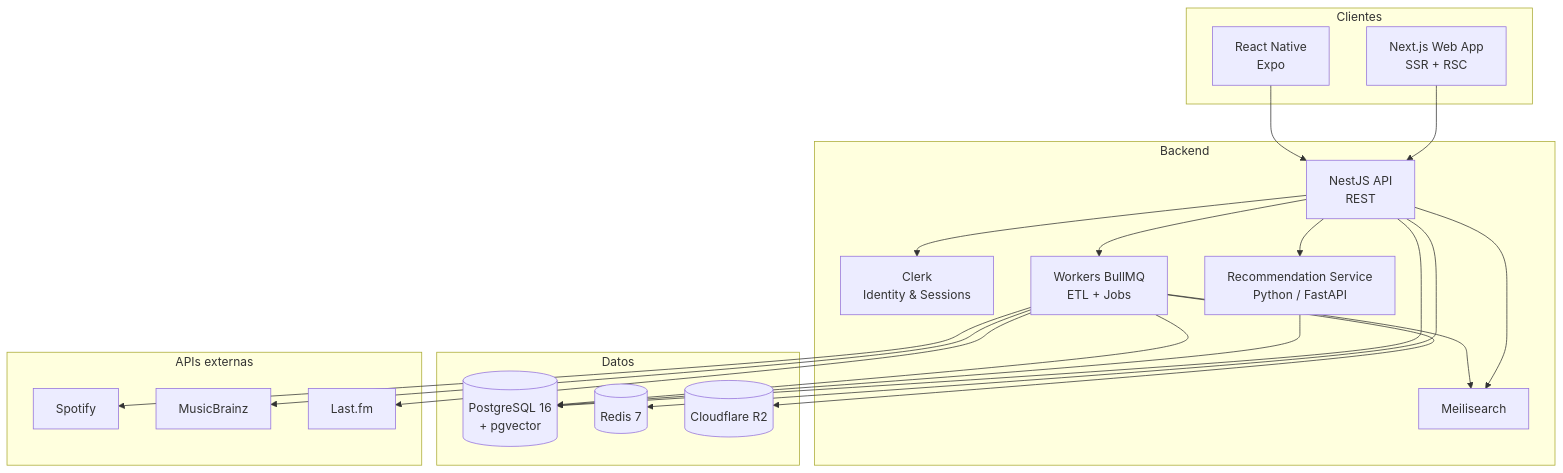
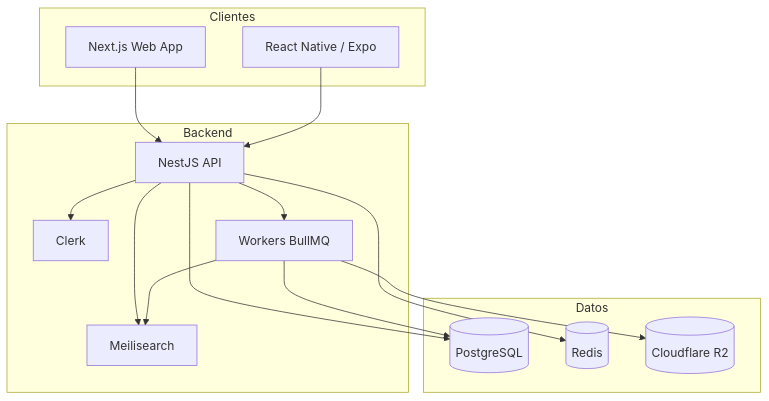
Before and after one commit to ramatc/coda: the diagram in README.md, drawn with Mermaid. The commit also changed other lines of this file and 1 other file, not shown here.

````diff
--- a/README.md
+++ b/README.md
@@ -81,43 +59,31 @@
 ```mermaid
 graph TB
     subgraph Clientes
-        Web[Next.js Web App<br/>SSR + RSC]
-        Mobile[React Native<br/>Expo]
+        Web[Next.js Web App]
+        Mobile[React Native / Expo]
     end
 
-    subgraph Backend["Backend"]
-        API[NestJS API<br/>REST]
-        Auth[Clerk<br/>Identity & Sessions]
-        Reco[Recommendation Service<br/>Python / FastAPI]
-        Worker[Workers BullMQ<br/>ETL + Jobs]
+    subgraph Backend
+        API[NestJS API]
+        Auth[Clerk]
+        Worker[Workers BullMQ]
         Search[Meilisearch]
     end
 
-    subgraph Data["Datos"]
-        PG[(PostgreSQL 16<br/>+ pgvector)]
-        Redis[(Redis 7)]
-        S3[(Cloudflare R2)]
-    end
-
-    subgraph External["APIs externas"]
-        Spotify[Spotify]
-        MB[MusicBrainz]
-        LastFM[Last.fm]
+    subgraph Datos
+        PG[(PostgreSQL)]
+        Redis[(Redis)]
+        R2[(Cloudflare R2)]
     end
 
     Web --> API
     Mobile --> API
     API --> Auth
     API --> PG
     API --> Redis
     API --> Search
-    API --> Reco
     API --> Worker
-    Reco --> PG
     Worker --> PG
     Worker --> Search
-    Worker --> Spotify
-    Worker --> MB
-    Worker --> LastFM
-    Worker --> S3
+    Worker --> R2
 ```
````
